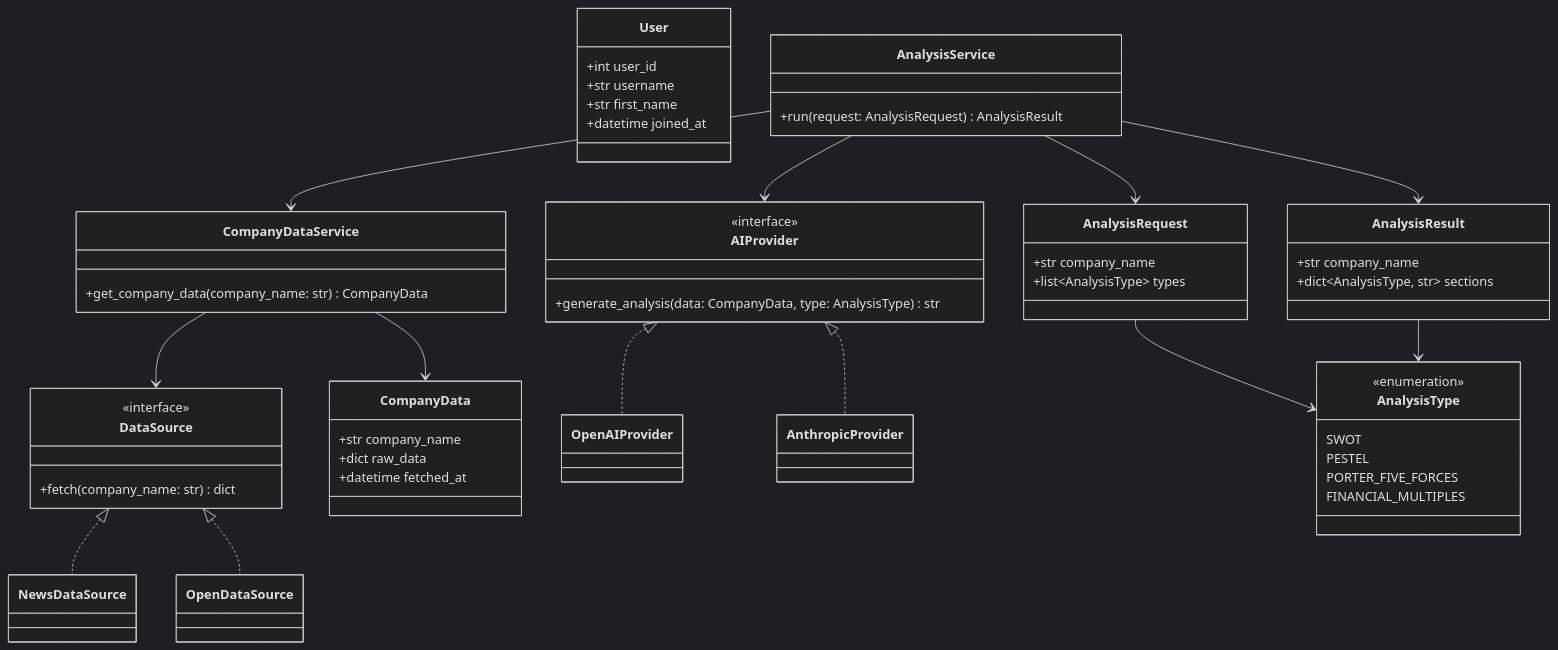
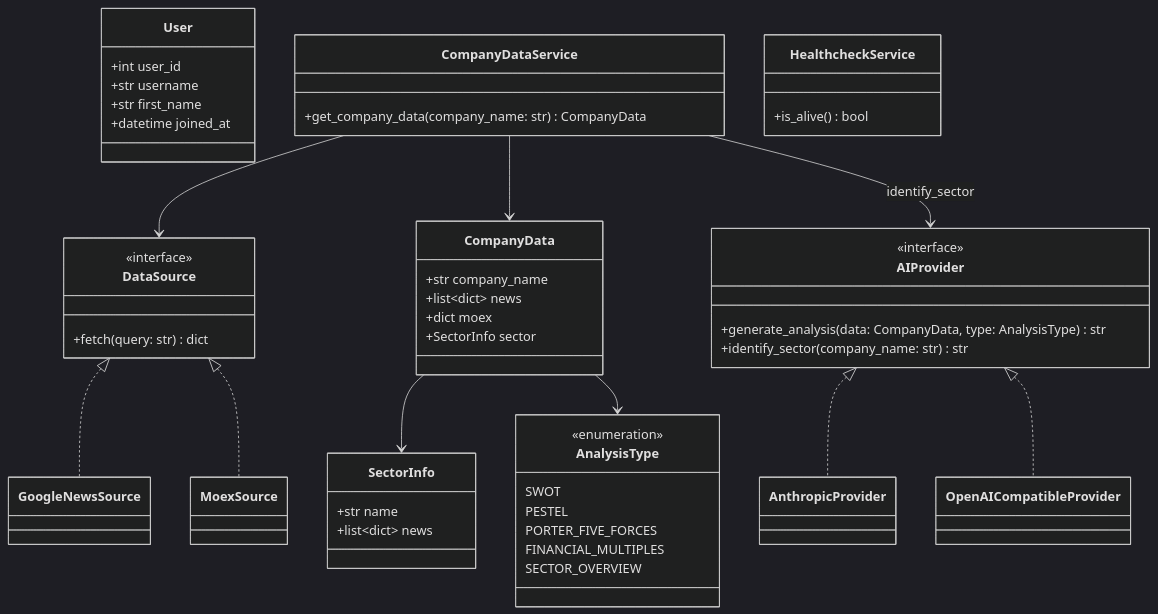
One commit to keshtoim/analysis_for_invest_bot changed the third of 5 diagrams in README.md. Above: the diagram before and after it, drawn with Mermaid (dark theme). The commit also changed other lines of this file, not shown here.

````diff
--- a/README.md
+++ b/README.md
@@ -112,70 +135,65 @@
 ```mermaid
 classDiagram
     class User {
         +int user_id
         +str username
         +str first_name
         +datetime joined_at
     }
 
     class AnalysisType {
         <<enumeration>>
         SWOT
         PESTEL
         PORTER_FIVE_FORCES
         FINANCIAL_MULTIPLES
+        SECTOR_OVERVIEW
     }
 
-    class AnalysisRequest {
+    class CompanyData {
         +str company_name
-        +list~AnalysisType~ types
+        +list~dict~ news
+        +dict moex
+        +SectorInfo sector
     }
 
-    class AnalysisResult {
-        +str company_name
-        +dict~AnalysisType, str~ sections
-    }
-
-    class AnalysisService {
-        +run(request: AnalysisRequest) AnalysisResult
+    class SectorInfo {
+        +str name
+        +list~dict~ news
     }
 
     class CompanyDataService {
         +get_company_data(company_name: str) CompanyData
     }
 
-    class CompanyData {
-        +str company_name
-        +dict raw_data
-        +datetime fetched_at
-    }
-
     class AIProvider {
         <<interface>>
         +generate_analysis(data: CompanyData, type: AnalysisType) str
+        +identify_sector(company_name: str) str
     }
 
-    class OpenAIProvider
     class AnthropicProvider
+    class OpenAICompatibleProvider
 
     class DataSource {
         <<interface>>
-        +fetch(company_name: str) dict
+        +fetch(query: str) dict
     }
 
-    class NewsDataSource
-    class OpenDataSource
+    class GoogleNewsSource
+    class MoexSource
 
-    AnalysisService --> CompanyDataService
-    AnalysisService --> AIProvider
-    AnalysisService --> AnalysisRequest
-    AnalysisService --> AnalysisResult
-    AIProvider <|.. OpenAIProvider
-    AIProvider <|.. AnthropicProvider
+    class HealthcheckService {
+        +is_alive() bool
+    }
+
     CompanyDataService --> DataSource
     CompanyDataService --> CompanyData
-    DataSource <|.. NewsDataSource
-    DataSource <|.. OpenDataSource
-    AnalysisRequest --> AnalysisType
-    AnalysisResult --> AnalysisType
+    CompanyDataService --> AIProvider : identify_sector
+    CompanyData --> SectorInfo
+    AIProvider <|.. AnthropicProvider
+    AIProvider <|.. OpenAICompatibleProvider
+    DataSource <|.. GoogleNewsSource
+    DataSource <|.. MoexSource
+    CompanyData --> AnalysisType
 ```
````
